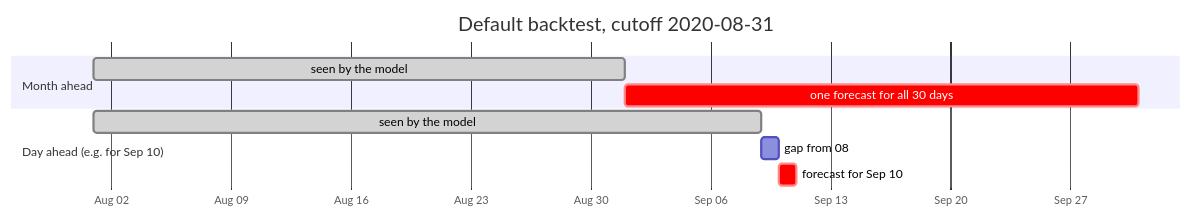
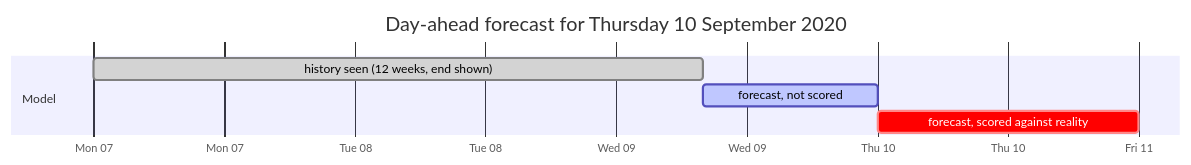
One commit to mourjo/zero-shot-forecasting changed the first of 2 diagrams in README.md. Above: the diagram before and after it, drawn with Mermaid. The commit also changed other lines of this file and 8 other files, not shown here.

First line of the commit message:
Simplify the README examples and make the backtest day-ahead only

````diff
--- a/README.md
+++ b/README.md
@@ -246,13 +168,10 @@
 ```mermaid
 gantt
-    title Default backtest, cutoff 2020-08-31
-    dateFormat YYYY-MM-DD
-    axisFormat %b %d
-    section Month ahead
-    seen by the model                 :done, 2020-08-01, 2020-09-01
-    one forecast for all 30 days      :crit, 2020-09-01, 30d
-    section Day ahead (e.g. for Sep 10)
-    seen by the model                 :done, 2020-08-01, 2020-09-09
-    gap from 08:00 to midnight        :active, 2020-09-09, 1d
-    forecast for Sep 10               :crit, 2020-09-10, 1d
+    title Day-ahead forecast for Thursday 10 September 2020
+    dateFormat YYYY-MM-DD HH:mm
+    axisFormat %a %d
+    section Model
+    history seen (12 weeks, end shown) :done, 2020-09-07 00:00, 2020-09-09 08:00
+    forecast, not scored                :active, 2020-09-09 08:00, 2020-09-10 00:00
+    forecast, scored against reality    :crit, 2020-09-10 00:00, 2020-09-11 00:00
 ```
````
